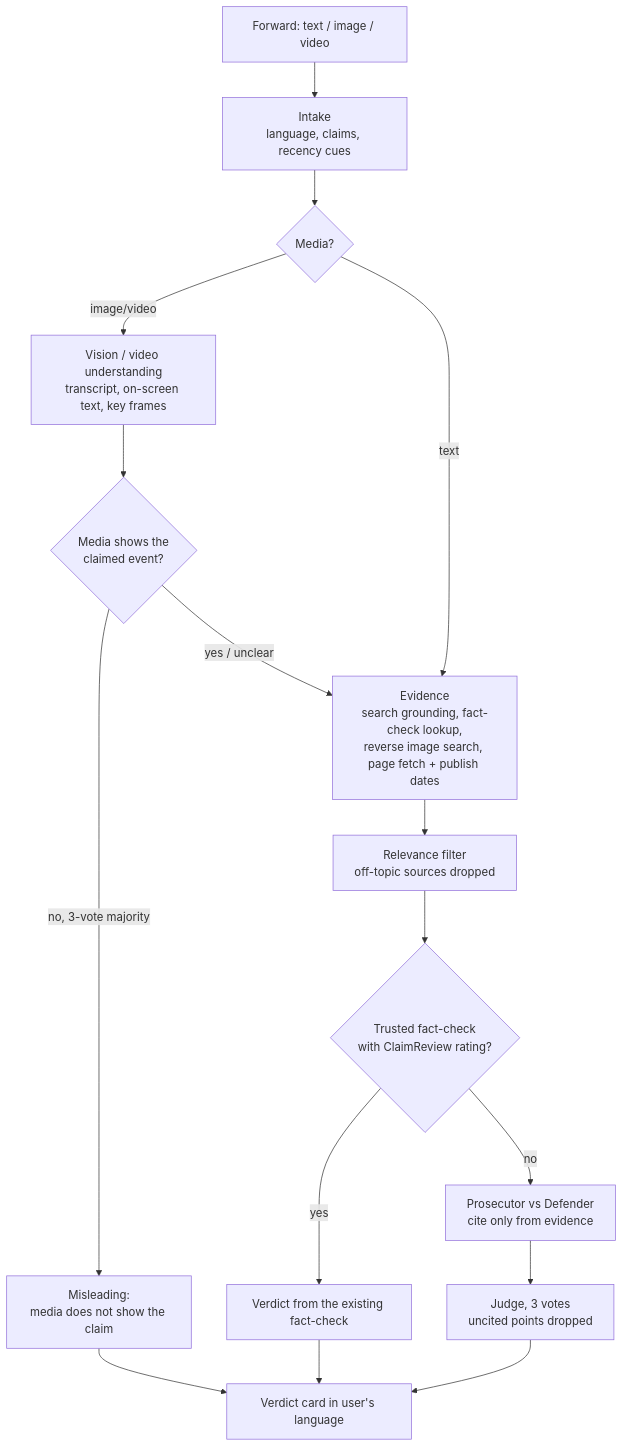
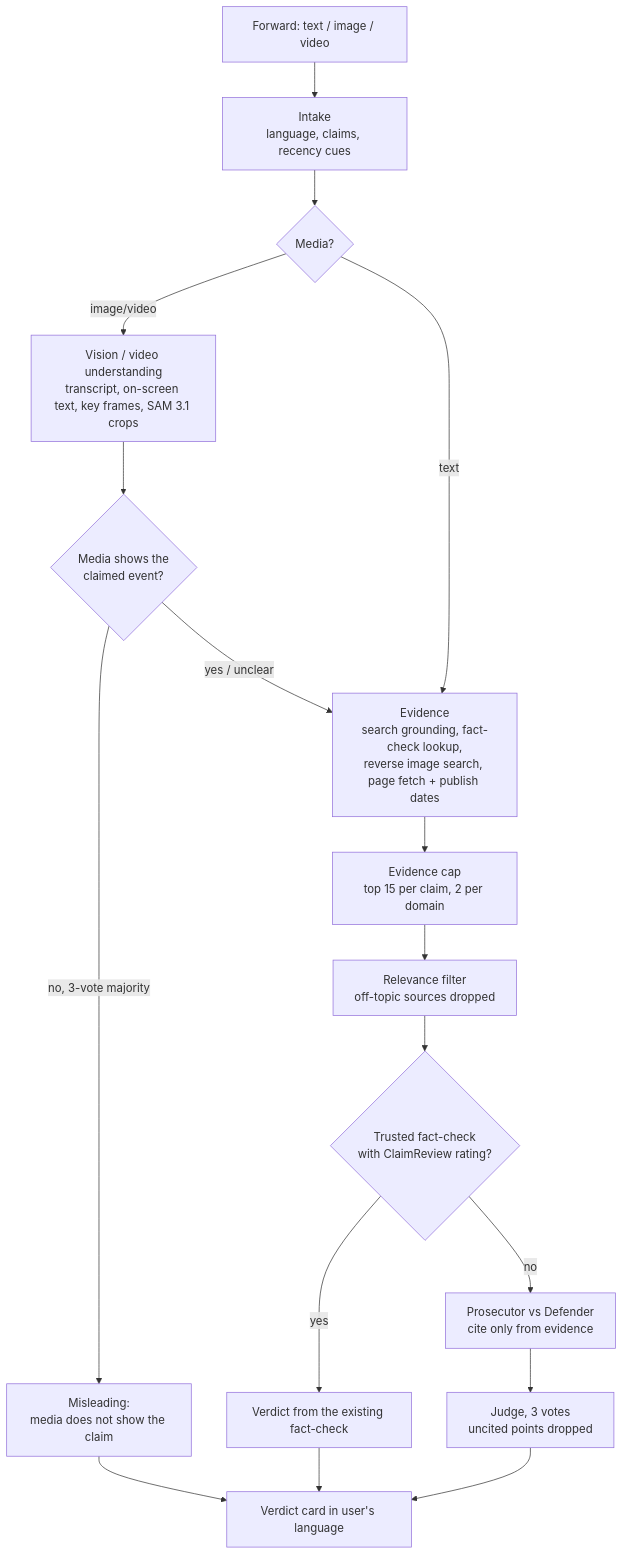
One commit to anurag-devx/forward-court changed the diagram in README.md. Above: the diagram before and after it, drawn with Mermaid. The commit also changed other lines of this file, not shown here.

````diff
--- a/README.md
+++ b/README.md
@@ -15,18 +15,19 @@
 ```mermaid
 flowchart TD
     A[Forward: text / image / video] --> B[Intake<br/>language, claims, recency cues]
     B --> M{Media?}
-    M -- image/video --> V[Vision / video understanding<br/>transcript, on-screen text, key frames]
+    M -- image/video --> V[Vision / video understanding<br/>transcript, on-screen text, key frames, SAM 3.1 crops]
     V --> G{Media shows the<br/>claimed event?}
     G -- no, 3-vote majority --> X[Misleading:<br/>media does not show the claim]
     G -- yes / unclear --> E
     M -- text --> E[Evidence<br/>search grounding, fact-check lookup,<br/>reverse image search, page fetch + publish dates]
-    E --> R[Relevance filter<br/>off-topic sources dropped]
+    E --> CAP[Evidence cap<br/>top 15 per claim, 2 per domain]
+    CAP --> R[Relevance filter<br/>off-topic sources dropped]
     R --> C{Trusted fact-check<br/>with ClaimReview rating?}
     C -- yes --> K[Verdict from the existing fact-check]
     C -- no --> D[Prosecutor vs Defender<br/>cite only from evidence]
     D --> J[Judge, 3 votes<br/>uncited points dropped]
     J --> CARD[Verdict card in user's language]
     K --> CARD
     X --> CARD
 ```
````
